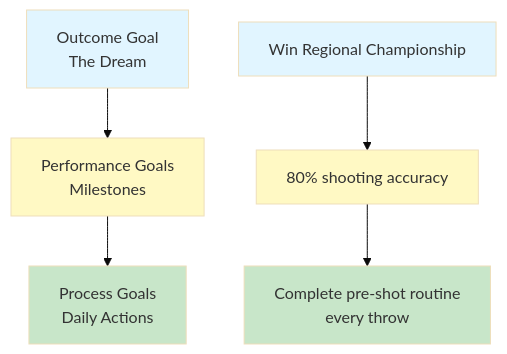
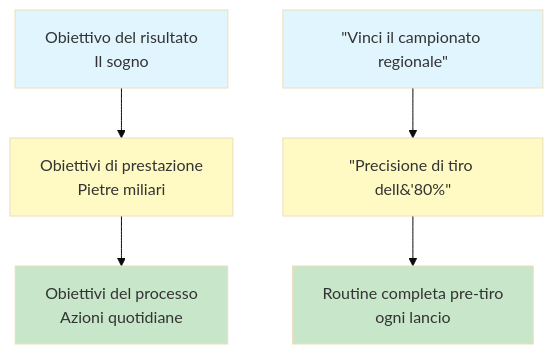
Before and after one commit to patwii/petanque-academy: the diagram in docs/it/education/motivation/index.md, drawn with Mermaid (base theme). The commit also changed other lines of this file and 550 other files, not shown here.

````diff
--- a/docs/it/education/motivation/index.md
+++ b/docs/it/education/motivation/index.md
@@ -41,15 +41,15 @@
 ```mermaid
 graph TD
-    A[Outcome Goal<br/>The Dream] --> B[Performance Goals<br/>Milestones]
-    B --> C[Process Goals<br/>Daily Actions]
+    A[Obiettivo del risultato <br/> Il sogno] --> B[Obiettivi di prestazione <br/> Pietre miliari]
+    B --> C[Obiettivi del processo <br/> Azioni quotidiane]
 
-    A2["Win Regional Championship"] --> B2["80% shooting accuracy"]
-    B2 --> C2["Complete pre-shot routine<br/>every throw"]
+    A2[&quot;Vinci il campionato regionale&quot;] --> B2[&quot;Precisione di tiro dell&#39;80%&quot;]
+    B2 --> C2[&quot;Routine completa pre-tiro <br/> ogni lancio&quot;]
 
     style A fill:#e1f5ff
     style B fill:#fff9c4
     style C fill:#c8e6c9
     style A2 fill:#e1f5ff
     style B2 fill:#fff9c4
     style C2 fill:#c8e6c9
 ```
````
